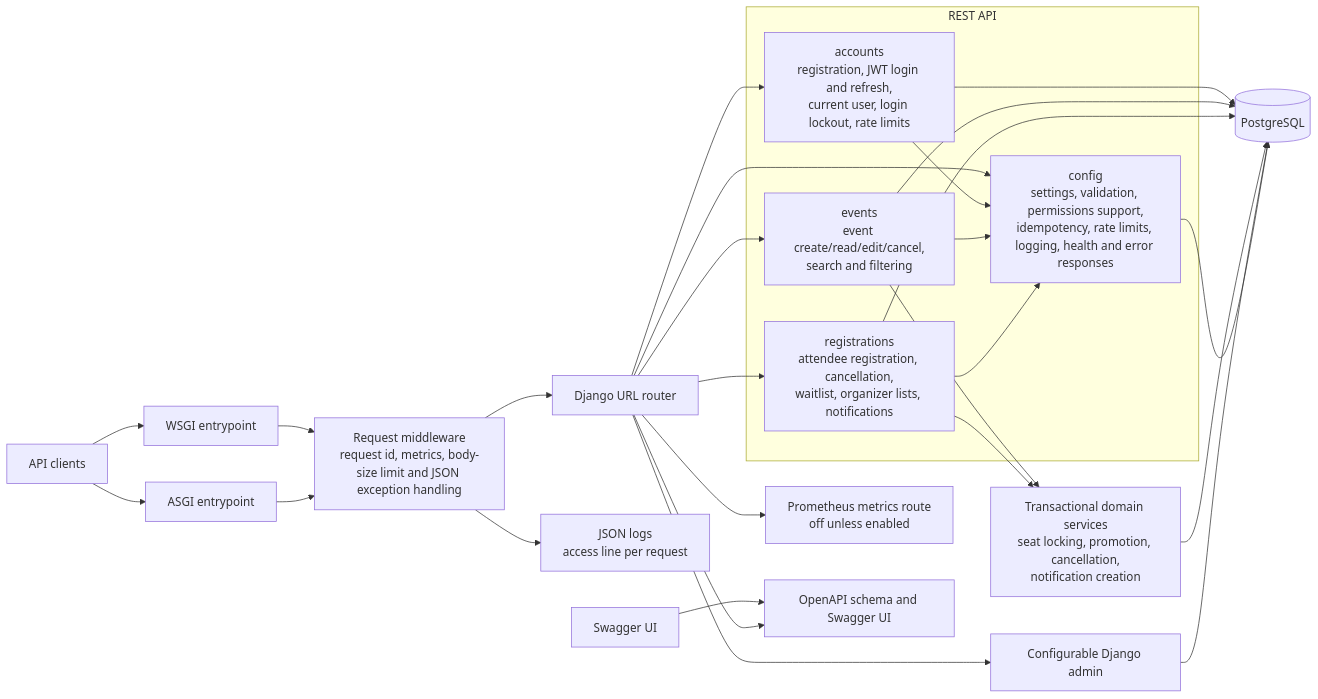
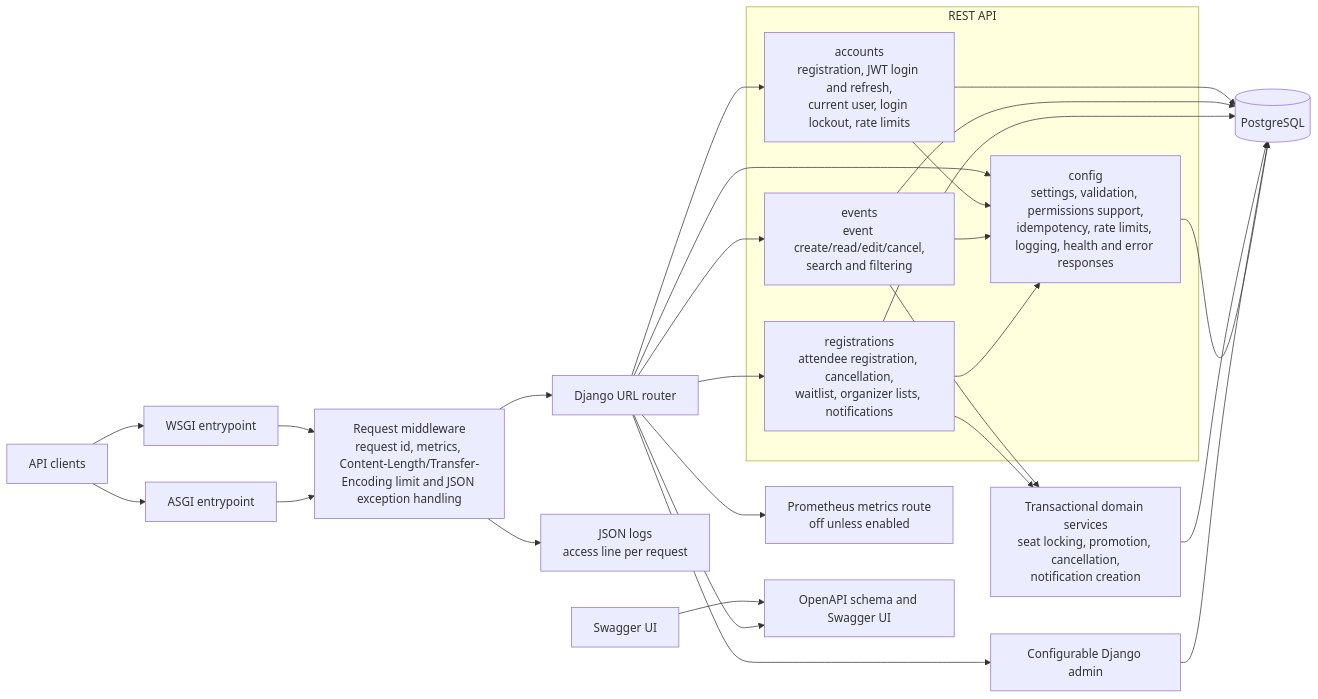
One commit to UprightCode-hub/CodeAlpha_EventRegistration changed the second of 5 diagrams in docs/ARCHITECTURE.md. Above: the diagram before and after it, drawn with Mermaid. The commit also changed other lines of this file and 5 other files, not shown here.

Commit message:
fix: allow bodyless write requests through size middleware

````diff
--- a/docs/ARCHITECTURE.md
+++ b/docs/ARCHITECTURE.md
@@ -49,49 +49,49 @@
 ```mermaid
 flowchart LR
     Client[API clients]
     Swagger[Swagger UI]
     WSGI[WSGI entrypoint]
     ASGI[ASGI entrypoint]
-    Middleware[Request middleware<br/>request id, metrics, body-size limit and JSON exception handling]
+    Middleware[Request middleware<br/>request id, metrics, Content-Length/Transfer-Encoding limit and JSON exception handling]
     Metrics[Prometheus metrics route<br/>off unless enabled]
     Logs[JSON logs<br/>access line per request]
     Router[Django URL router]
 
     subgraph API[REST API]
         Accounts[accounts<br/>registration, JWT login and refresh,<br/>current user, login lockout, rate limits]
         Events[events<br/>event create/read/edit/cancel,<br/>search and filtering]
         Registrations[registrations<br/>attendee registration, cancellation,<br/>waitlist, organizer lists, notifications]
         Shared[config<br/>settings, validation, permissions support,<br/>idempotency, rate limits, logging, health and error responses]
     end
 
     Admin[Configurable Django admin]
     Schema[OpenAPI schema and Swagger UI]
     Services[Transactional domain services<br/>seat locking, promotion, cancellation,<br/>notification creation]
     DB[(PostgreSQL)]
 
     Client --> WSGI
     Client --> ASGI
     Swagger --> Schema
     WSGI --> Middleware
     ASGI --> Middleware
     Middleware --> Router
     Router --> Accounts
     Router --> Events
     Router --> Registrations
     Router --> Admin
     Router --> Schema
     Router --> Metrics
     Middleware --> Logs
     Router --> Shared
     Accounts --> Shared
     Events --> Shared
     Registrations --> Shared
     Events --> Services
     Registrations --> Services
     Accounts --> DB
     Events --> DB
     Registrations --> DB
     Services --> DB
     Admin --> DB
     Shared --> DB
 ```
````
